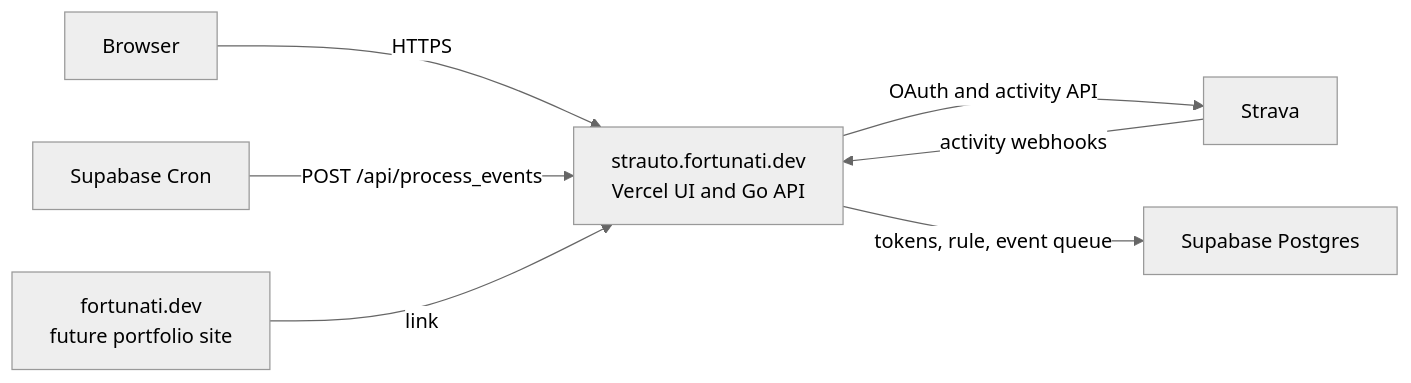
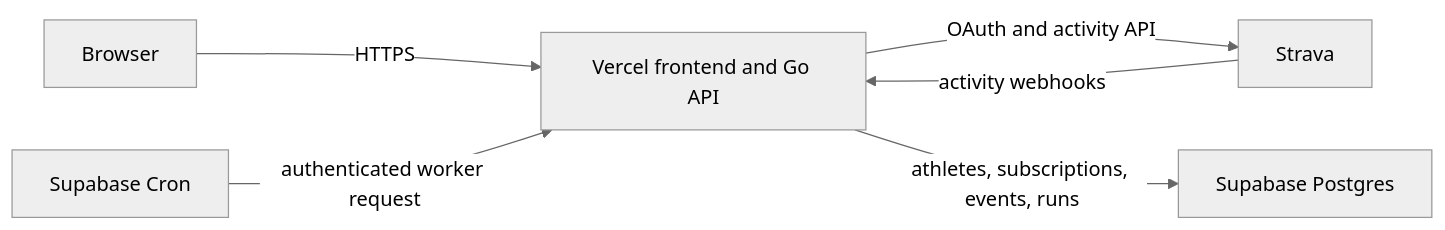
Before and after one commit to anthonati/strauto: the diagram in docs/architecture.md, drawn with Mermaid (neutral theme). The commit also changed other lines of this file and 6 other files, not shown here.

````diff
--- a/docs/architecture.md
+++ b/docs/architecture.md
@@ -10,9 +5,8 @@
 ```mermaid
 flowchart LR
-  Browser[Browser] -->|HTTPS| App[strauto.fortunati.dev<br/>Vercel UI and Go API]
-  App -->|OAuth and activity API| Strava[Strava]
+  Browser -->|HTTPS| App[Vercel frontend and Go API]
+  App -->|OAuth and activity API| Strava
   Strava -->|activity webhooks| App
-  App -->|tokens, rule, event queue| DB[Supabase Postgres]
-  Cron[Supabase Cron] -->|POST /api/process_events| App
-  Portfolio[fortunati.dev<br/>future portfolio site] -->|link| App
+  App -->|athletes, subscriptions, events, runs| DB[Supabase Postgres]
+  Cron[Supabase Cron] -->|authenticated worker request| App
 ```
````
